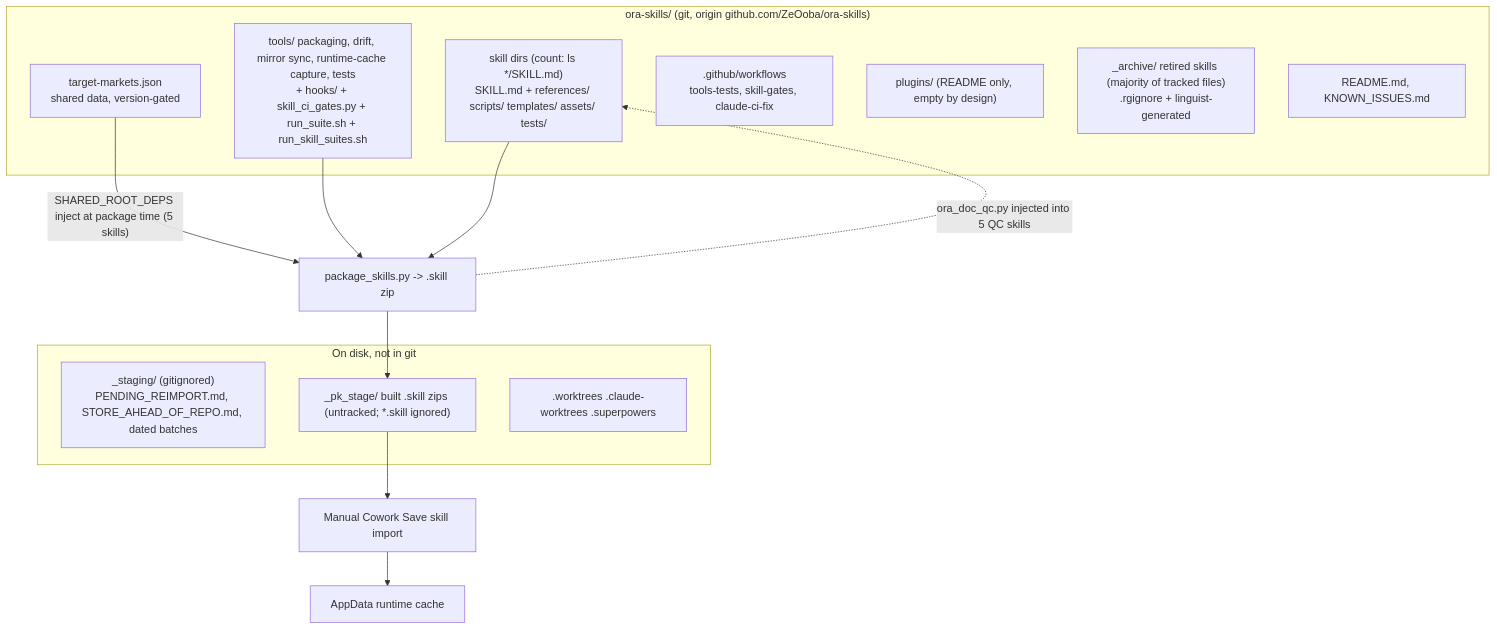
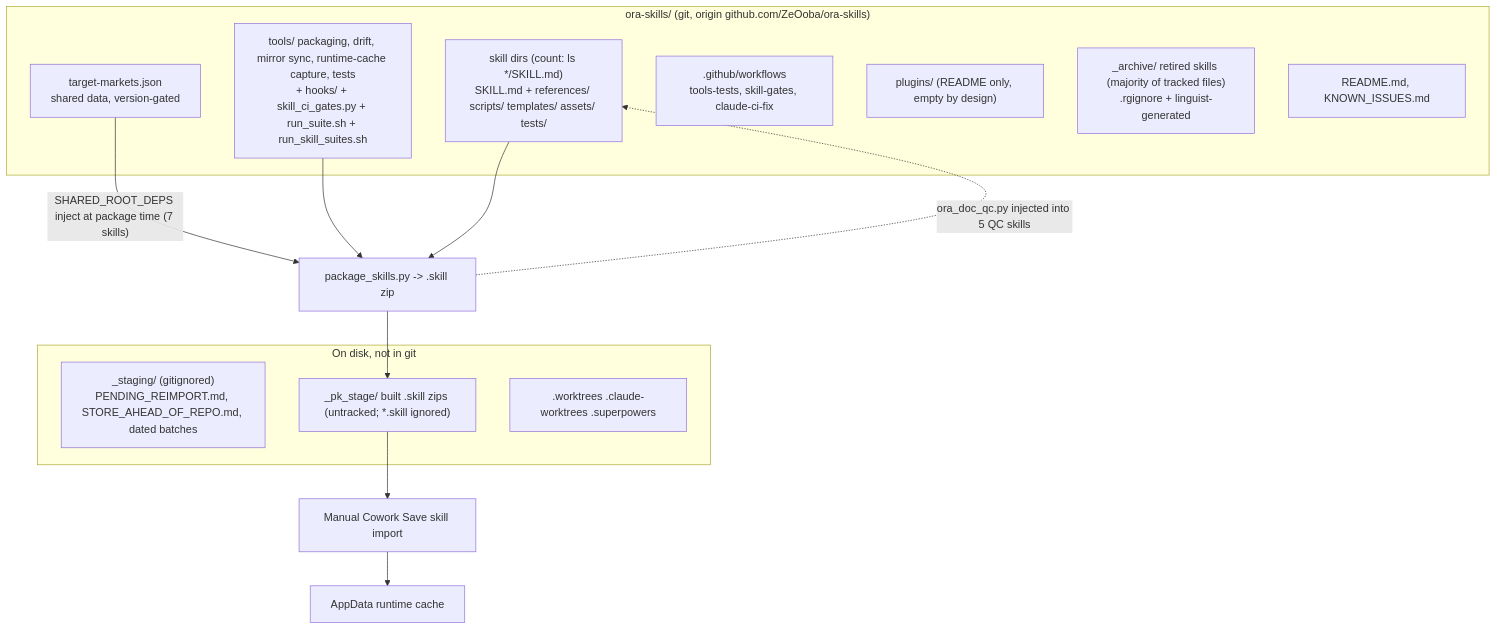
Before and after one commit to ZeOoba/ora-skills: the first of 4 diagrams in README.md, drawn with Mermaid. The commit also changed 13 other files, not shown here.

````diff
--- a/README.md
+++ b/README.md
@@ -30,24 +30,24 @@
 ```mermaid
 flowchart TD
     subgraph Repo["ora-skills/ (git, origin github.com/ZeOoba/ora-skills)"]
         S["skill dirs (count: ls */SKILL.md)\nSKILL.md + references/ scripts/ templates/ assets/ tests/"]
         TM["target-markets.json\nshared data, version-gated"]
         T["tools/ packaging, drift, mirror sync, runtime-cache capture, tests\n+ hooks/ + skill_ci_gates.py + run_suite.sh + run_skill_suites.sh"]
         GH[".github/workflows\ntools-tests, skill-gates, claude-ci-fix"]
         P["plugins/ (README only, empty by design)"]
         A["_archive/ retired skills (majority of tracked files)\n.rgignore + linguist-generated"]
         K["README.md, KNOWN_ISSUES.md"]
     end
     subgraph Untracked["On disk, not in git"]
         ST["_staging/ (gitignored)\nPENDING_REIMPORT.md, STORE_AHEAD_OF_REPO.md, dated batches"]
         PK["_pk_stage/ built .skill zips (untracked; *.skill ignored)"]
         WT[".worktrees .claude-worktrees .superpowers"]
     end
-    TM -- "SHARED_ROOT_DEPS inject at package time (5 skills)" --> Pkg
+    TM -- "SHARED_ROOT_DEPS inject at package time (7 skills)" --> Pkg
     T --> Pkg["package_skills.py -> .skill zip"]
     S --> Pkg
     Pkg --> PK
     PK --> Import["Manual Cowork Save skill import"]
     Import --> Cache["AppData runtime cache"]
     Pkg -. "ora_doc_qc.py injected into 5 QC skills" .-> S
 ```
````
